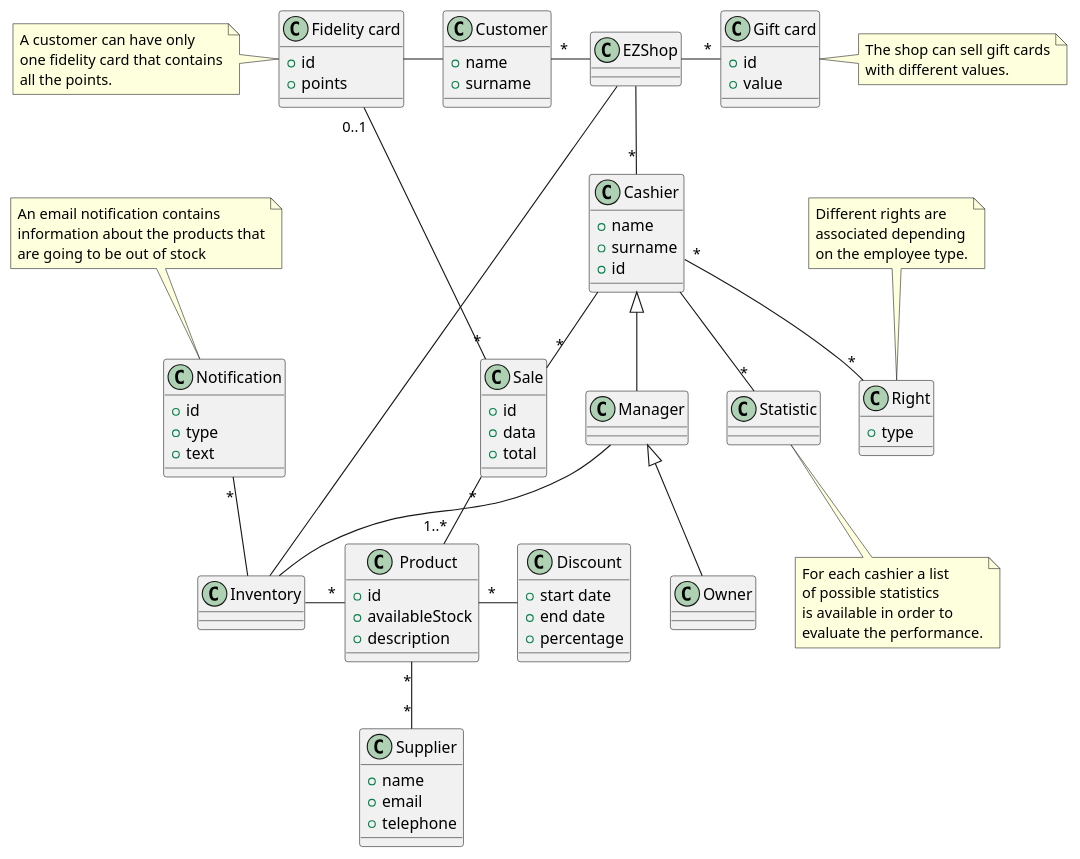
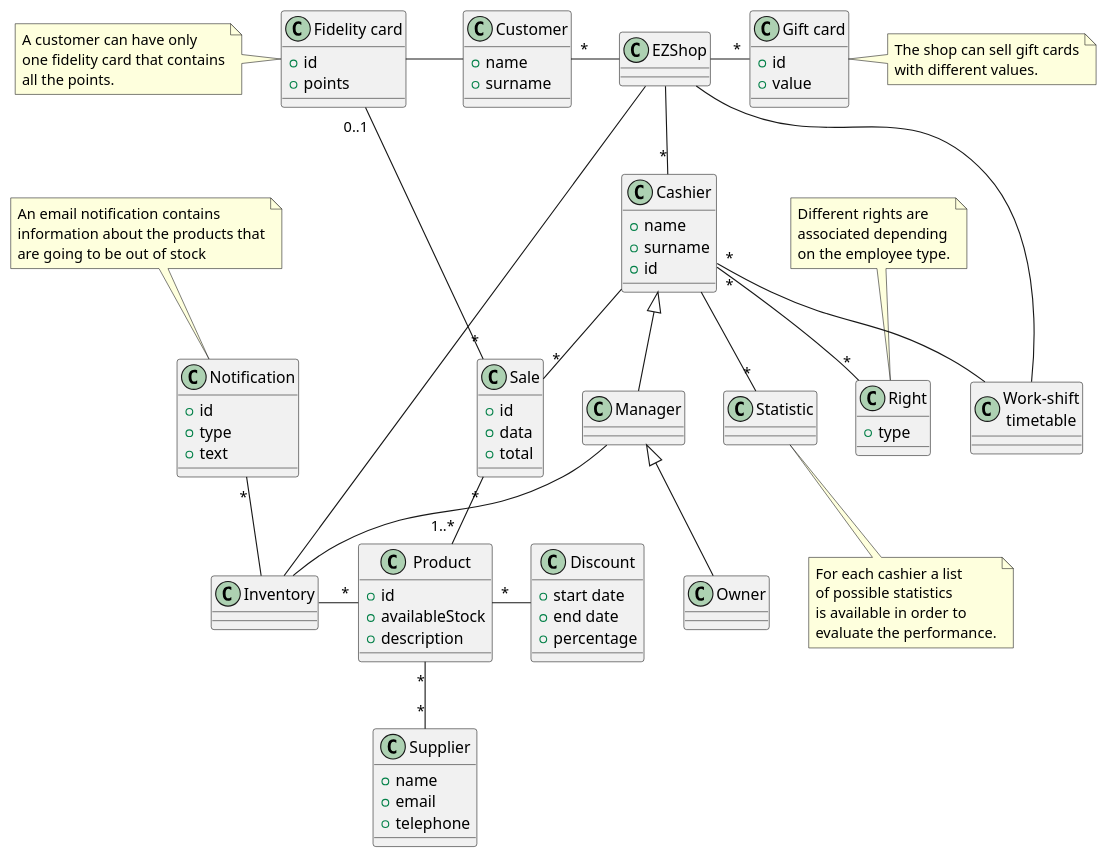
The third of 5 diagrams in Deliverables/RequirementsDocument.md (MatteoBattilana/EzShop), drawn with PlantUML before and after one commit. The commit also changed other lines of this file and 1 other file, not shown here.

Commit message:
docs: added work-shift timetable into the Glossary and as FR 2.7 and 2.8

````diff
--- a/Deliverables/RequirementsDocument.md
+++ b/Deliverables/RequirementsDocument.md
@@ -620,80 +622,82 @@
 ```plantuml
 @startuml
 class Cashier {
 	+ name
 	+ surname
 	+ id
 }
 class Right {
 	+ type
 }
 class Discount {
 	+ start date
 	+ end date
 	+ percentage
 }
 class "Product" {
 	+ id
 	+ availableStock
 	+ description
 }
 class Notification {
 	+ id
 	+ type
 	+ text
 }
 class "Gift card" {
 	+ id
 	+ value
 }
 
 class Customer {
 	+ name
 	+ surname
 }
 
 class "Fidelity card" {
 	+ id
 	+ points
 }
 
 class Sale {
 	+ id
 	+ data
 	+ total
 }
 
 class Supplier {
 	+ name
 	+ email
 	+ telephone
 }
 
+EZShop -- "Work-shift\ntimetable"
+"Work-shift\ntimetable" -up- "*" Cashier
 EZShop -- "*" Cashier
 Manager -up-|> Cashier
 Owner -up-|> Manager
 Cashier "*"-- "*" Right
 Cashier -down- "*" Statistic
 EZShop -right- "*" "Gift card"
 
 EZShop -- Inventory
 Inventory -up- "*" Notification
 Inventory -right- "*" Product
 Product "*" -right- Discount
 Supplier "*" -up- "*" Product
 EZShop -left- "*" Customer
 Customer -left- "Fidelity card"
 Manager -- Inventory
 
 Cashier -- "*" Sale
 Sale "*" -- "1..*" Product
 "Fidelity card" "0..1" -- "*" Sale
 
 note left of "Fidelity card" : A customer can have only\none fidelity card that contains\nall the points.
 note right of "Gift card" : The shop can sell gift cards\nwith different values.
 note top of Notification : An email notification contains \ninformation about the products that\nare going to be out of stock
 note top of Right : Different rights are\nassociated depending\non the employee type.
 note bottom of Statistic : For each cashier a list\nof possible statistics\nis available in order to\nevaluate the performance.
 
 @enduml
 ```
````
